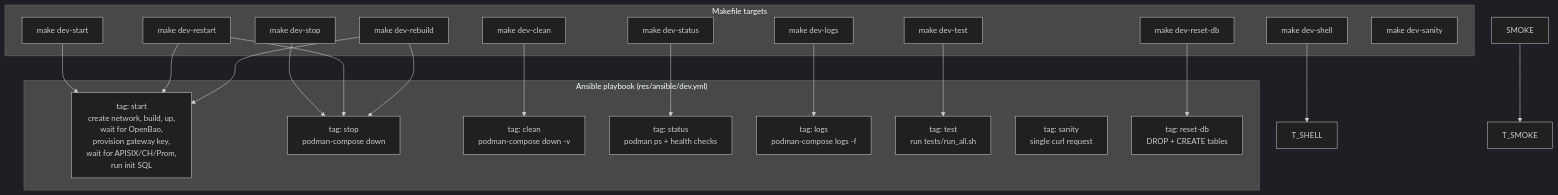
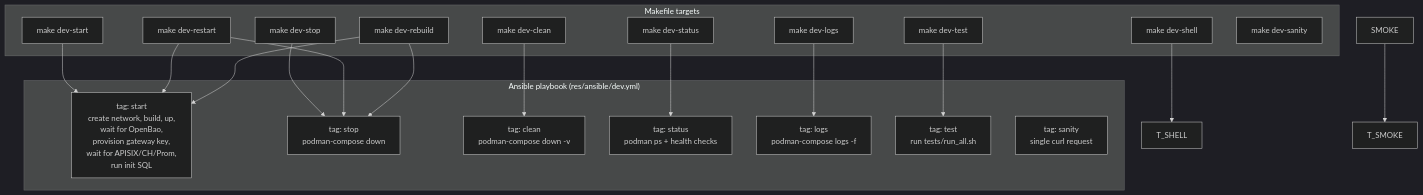
One commit to Independent-AI-Labs/WORKSPACE-GATEWAY changed diagram 12 of 16 in docs/ARCHITECTURE.md. Above: the diagram before and after it, drawn with Mermaid (dark theme). The commit also changed other lines of this file and 50 other files, not shown here.

````diff
--- a/docs/ARCHITECTURE.md
+++ b/docs/ARCHITECTURE.md
@@ -1308,41 +1586,38 @@
 ```mermaid
 graph TB
     subgraph "Makefile targets"
         START["make dev-start"]
         STOP["make dev-stop"]
         RESTART["make dev-restart"]
         REBUILD["make dev-rebuild"]
         LOGS["make dev-logs"]
         STATUS["make dev-status"]
         CLEAN["make dev-clean"]
         SHELL["make dev-shell"]
-        RESETDB["make dev-reset-db"]
         TEST["make dev-test"]
         SANITY["make dev-sanity"]
     end
 
     subgraph "Ansible playbook (res/ansible/dev.yml)"
         T_START["tag: start<br/>create network, build, up,<br/>wait for OpenBao,<br/>provision gateway key,<br/>wait for APISIX/CH/Prom,<br/>run init SQL"]
         T_STOP["tag: stop<br/>podman-compose down"]
         T_CLEAN["tag: clean<br/>podman-compose down -v"]
         T_STATUS["tag: status<br/>podman ps + health checks"]
         T_LOGS["tag: logs<br/>podman-compose logs -f"]
         T_TEST["tag: test<br/>run tests/run_all.sh"]
         T_SANITY["tag: sanity<br/>single curl request"]
-        T_RESET["tag: reset-db<br/>DROP + CREATE tables"]
     end
 
     START --> T_START
     STOP --> T_STOP
     RESTART --> T_STOP
     RESTART --> T_START
     REBUILD --> T_STOP
     REBUILD --> T_START
     LOGS --> T_LOGS
     STATUS --> T_STATUS
     CLEAN --> T_CLEAN
     SHELL --> T_SHELL
-    RESETDB --> T_RESET
     TEST --> T_TEST
     SMOKE --> T_SMOKE
 ```
````
